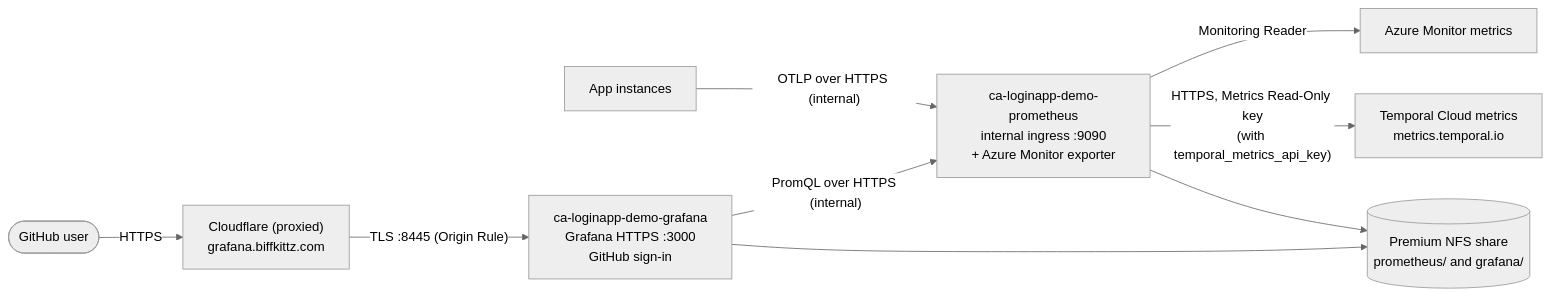
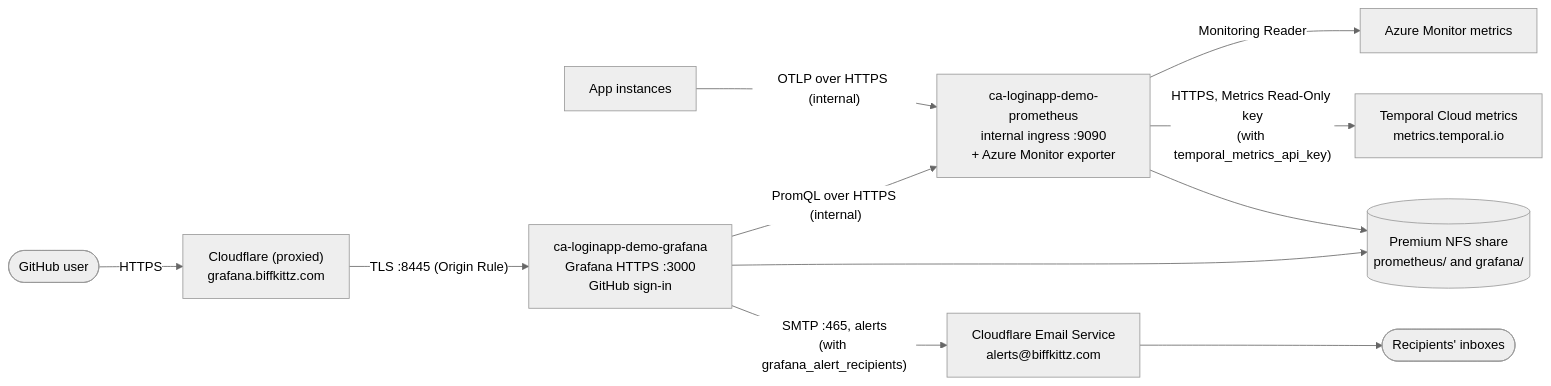
The second of 3 diagrams in infra/docs/ARCHITECTURE.md (biffkittz/login-app), drawn with Mermaid (neutral theme) before and after one commit. The commit also changed other lines of this file and 25 other files, not shown here.

````diff
--- a/infra/docs/ARCHITECTURE.md
+++ b/infra/docs/ARCHITECTURE.md
@@ -66,10 +66,12 @@
 ```mermaid
 flowchart LR
   you([GitHub user]) -->|HTTPS| cfg["Cloudflare (proxied)<br/>grafana.biffkittz.com"]
   cfg -->|"TLS :8445 (Origin Rule)"| grafana["ca-loginapp-demo-grafana<br/>Grafana HTTPS :3000<br/>GitHub sign-in"]
   app["App instances"] -->|"OTLP over HTTPS (internal)"| prom["ca-loginapp-demo-prometheus<br/>internal ingress :9090<br/>+ Azure Monitor exporter"]
   grafana -->|"PromQL over HTTPS (internal)"| prom
   prom -->|"Monitoring Reader"| monitor[Azure Monitor metrics]
   prom -->|"HTTPS, Metrics Read-Only key<br/>(with temporal_metrics_api_key)"| tcm["Temporal Cloud metrics<br/>metrics.temporal.io"]
   prom & grafana --> nfs[("Premium NFS share<br/>prometheus/ and grafana/")]
+  grafana -->|"SMTP :465, alerts<br/>(with grafana_alert_recipients)"| mail["Cloudflare Email Service<br/>alerts@biffkittz.com"]
+  mail --> inbox([Recipients' inboxes])
 ```
````
